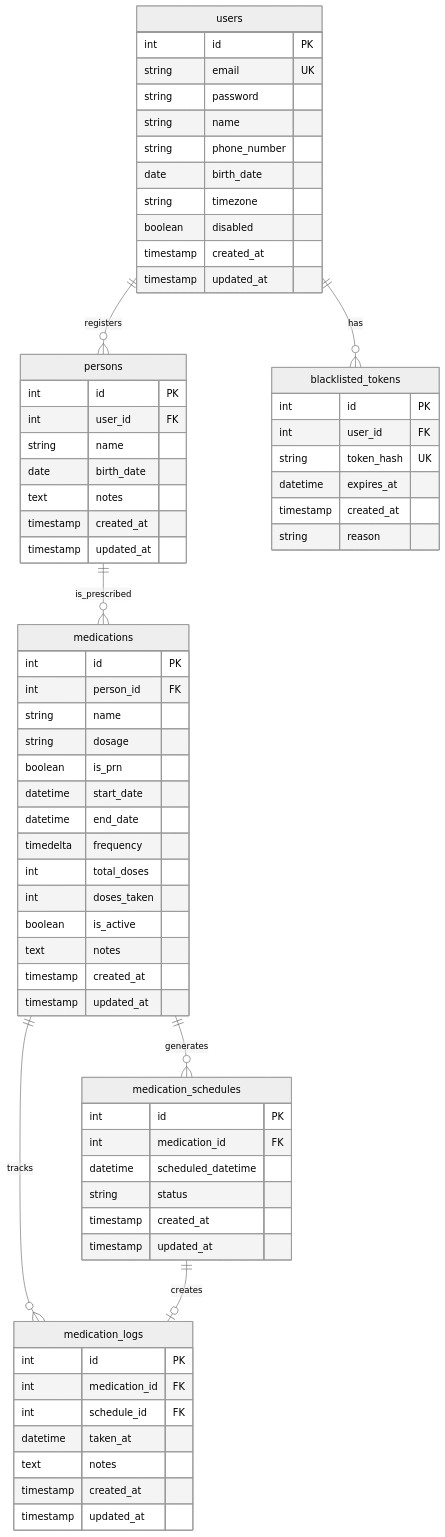
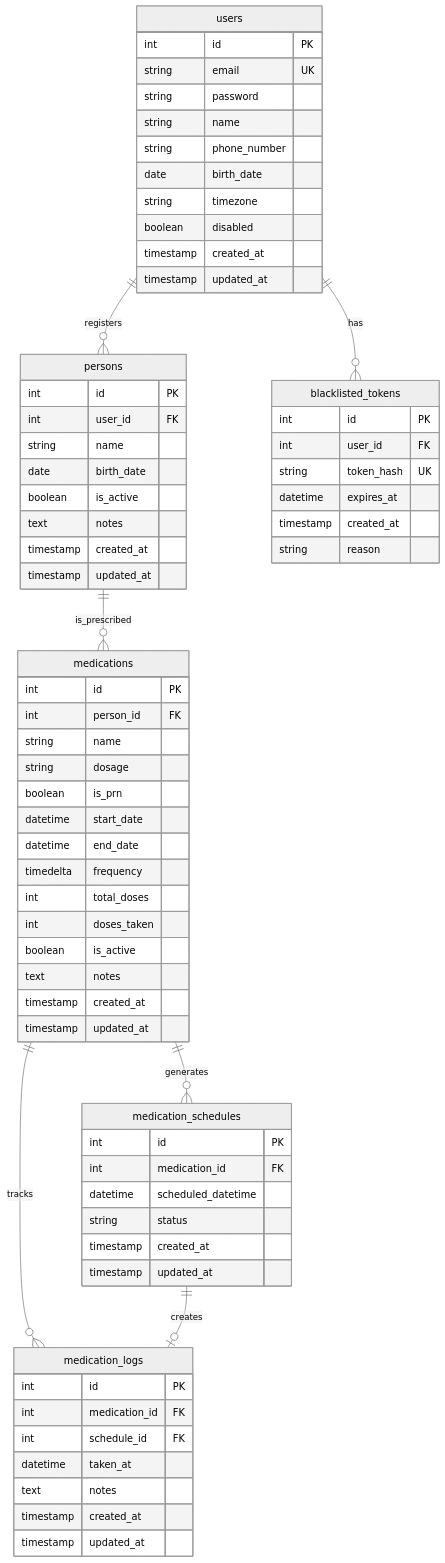
The diagram in ARCHITECTURE.md (ruitcatarino/remedi), drawn with Mermaid (neutral theme) before and after one commit.

````diff
--- a/ARCHITECTURE.md
+++ b/ARCHITECTURE.md
@@ -9,77 +9,78 @@
 ```mermaid
 erDiagram
     users ||--o{ persons : "registers"
     users ||--o{ blacklisted_tokens : "has"
     persons ||--o{ medications : "is_prescribed"
     medications ||--o{ medication_schedules : "generates"
     medications ||--o{ medication_logs : "tracks"
     medication_schedules ||--o| medication_logs : "creates"
 
     users {
         int id PK
         string email UK
         string password
         string name
         string phone_number
         date birth_date
         string timezone
         boolean disabled
         timestamp created_at
         timestamp updated_at
     }
    
     persons {
         int id PK
         int user_id FK
         string name
         date birth_date
+        boolean is_active
         text notes
         timestamp created_at
         timestamp updated_at
     }
    
     medications {
         int id PK
         int person_id FK
         string name
         string dosage
         boolean is_prn
         datetime start_date
         datetime end_date
         timedelta frequency
         int total_doses
         int doses_taken
         boolean is_active
         text notes
         timestamp created_at
         timestamp updated_at
     }
    
     medication_schedules {
         int id PK
         int medication_id FK
         datetime scheduled_datetime
         string status
         timestamp created_at
         timestamp updated_at
     }
 
     medication_logs {
         int id PK
         int medication_id FK
         int schedule_id FK
         datetime taken_at
         text notes
         timestamp created_at
         timestamp updated_at
     }
 
     blacklisted_tokens {
         int id PK
         int user_id FK
         string token_hash UK
         datetime expires_at
         timestamp created_at
         string reason
     }
 ```
````
